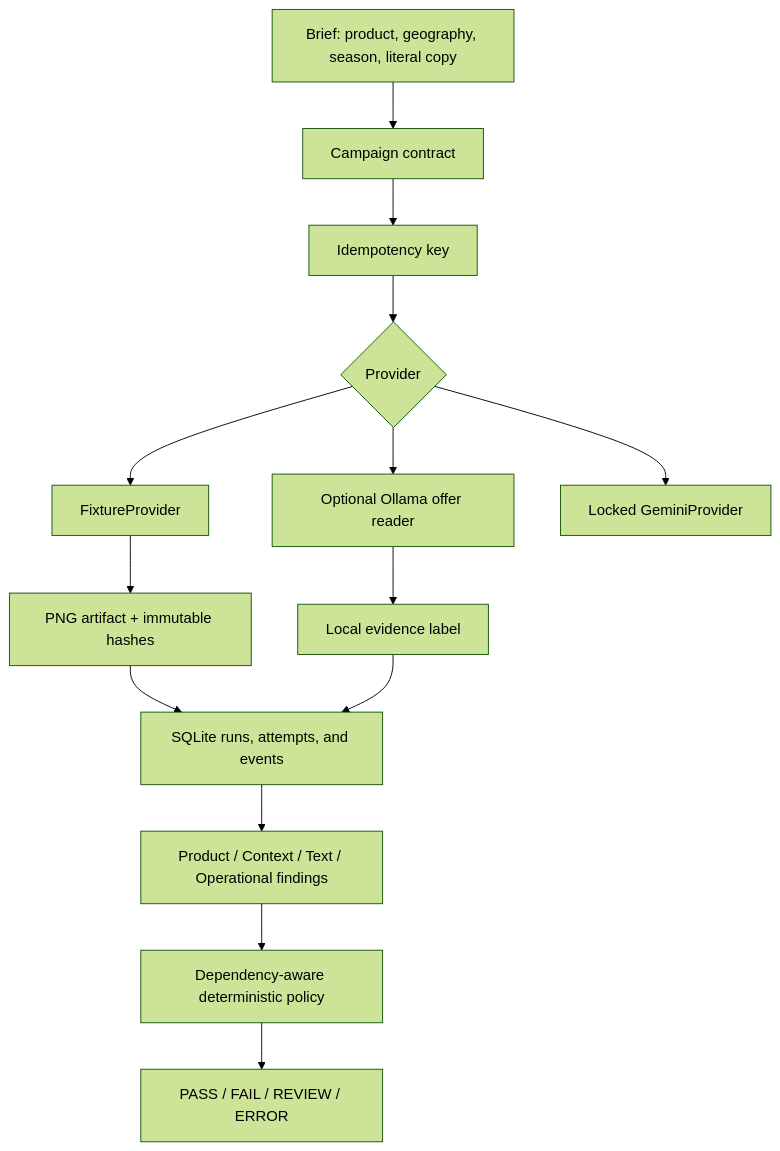
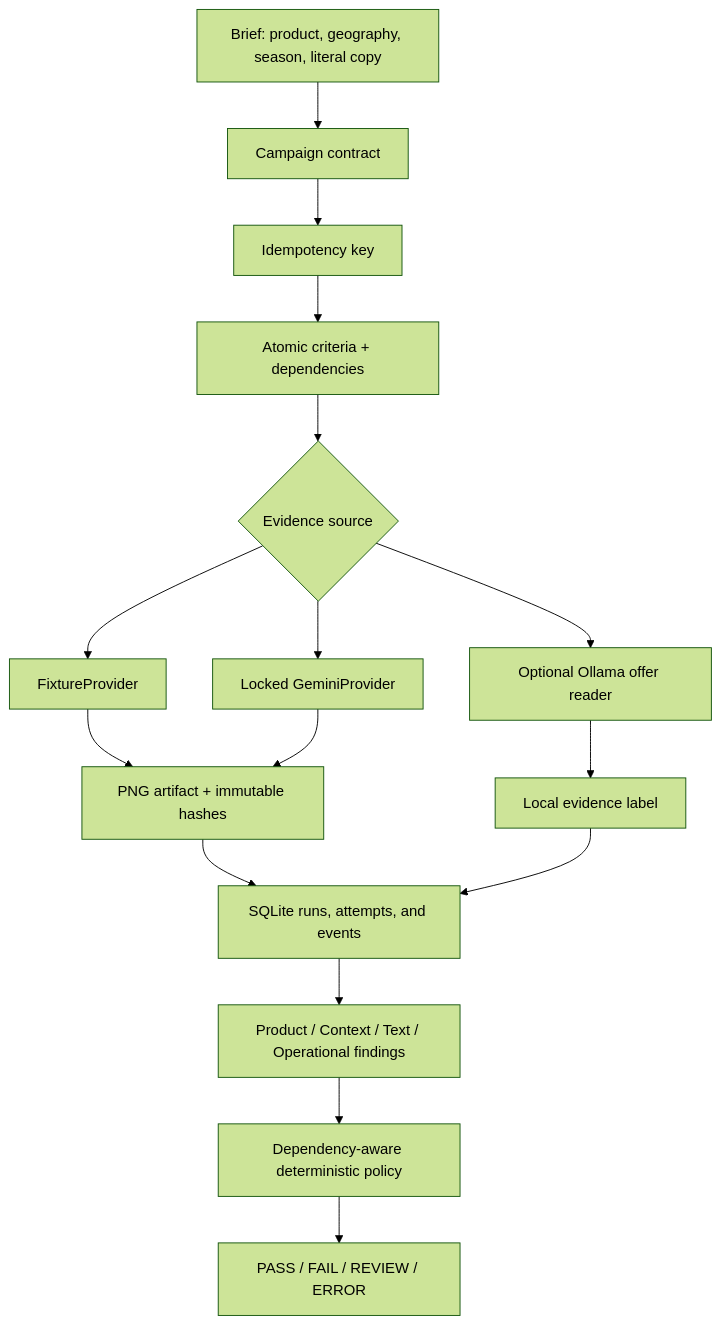
The first of 2 diagrams in docs/architecture.md (manas8127/proofad), drawn with Mermaid (forest theme) before and after one commit. The commit also changed other lines of this file and 5 other files, not shown here.

````diff
--- a/docs/architecture.md
+++ b/docs/architecture.md
@@ -11,16 +11,18 @@
 ```mermaid
 flowchart TD
     A[Brief: product, geography, season, literal copy] --> B[Campaign contract]
     B --> C[Idempotency key]
-    C --> D{Provider}
-    D --> E[FixtureProvider]
-    D --> F[Optional Ollama offer reader]
-    D --> G[Locked GeminiProvider]
-    E --> H[PNG artifact + immutable hashes]
-    F --> I[Local evidence label]
-    H --> J[SQLite runs, attempts, and events]
-    I --> J
-    J --> K[Product / Context / Text / Operational findings]
-    K --> L[Dependency-aware deterministic policy]
-    L --> M[PASS / FAIL / REVIEW / ERROR]
+    C --> D[Atomic criteria + dependencies]
+    D --> E{Evidence source}
+    E --> F[FixtureProvider]
+    E --> G[Optional Ollama offer reader]
+    E --> H[Locked GeminiProvider]
+    F --> I[PNG artifact + immutable hashes]
+    G --> J[Local evidence label]
+    H --> I
+    I --> K[SQLite runs, attempts, and events]
+    J --> K
+    K --> L[Product / Context / Text / Operational findings]
+    L --> M[Dependency-aware deterministic policy]
+    M --> N[PASS / FAIL / REVIEW / ERROR]
 ```
````
